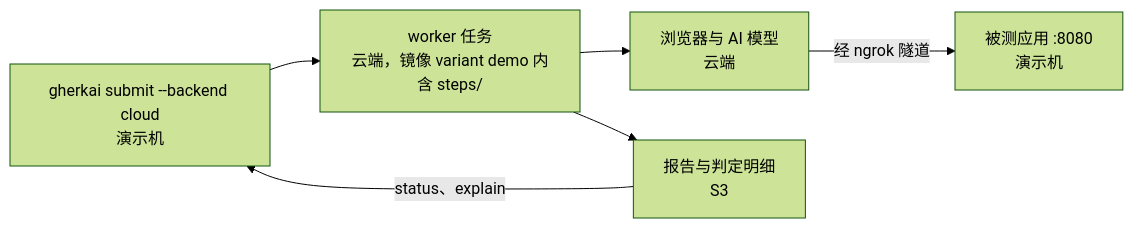
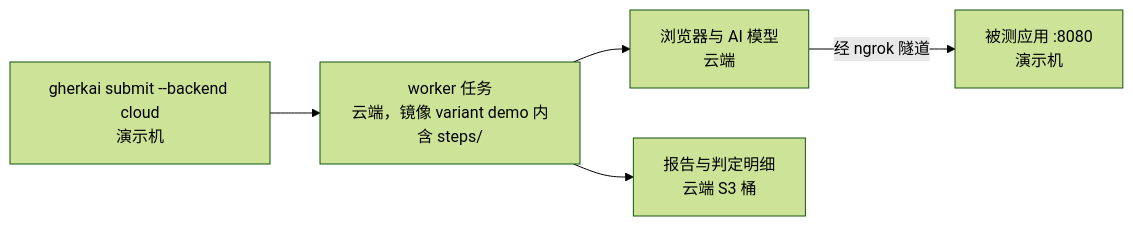
One commit to zhiyanliu/gherkai-webapp-demo changed the third of 3 diagrams in docs/demo-runbook.md. Above: the diagram before and after it, drawn with Mermaid (forest theme). The commit also changed other lines of this file, not shown here.

Commit message:
runbook 环境图：两条链的结果节点统一为「报告与判定明细」加位置，去掉 status/explain 的回向连线、改为图前一句说明

````diff
--- a/docs/demo-runbook.md
+++ b/docs/demo-runbook.md
@@ -76,5 +76,5 @@
 ```mermaid
 flowchart LR
     CLI["gherkai submit --backend cloud<br/>演示机"] --> WK["worker 任务<br/>云端，镜像 variant demo 内含 steps/"] --> BR["浏览器与 AI 模型<br/>云端"] -- "经 ngrok 隧道" --> APP["被测应用 :8080<br/>演示机"]
-    WK --> S3["报告与判定明细<br/>S3"] -- "status、explain" --> CLI
+    WK --> S3["报告与判定明细<br/>云端 S3 桶"]
 ```
````
